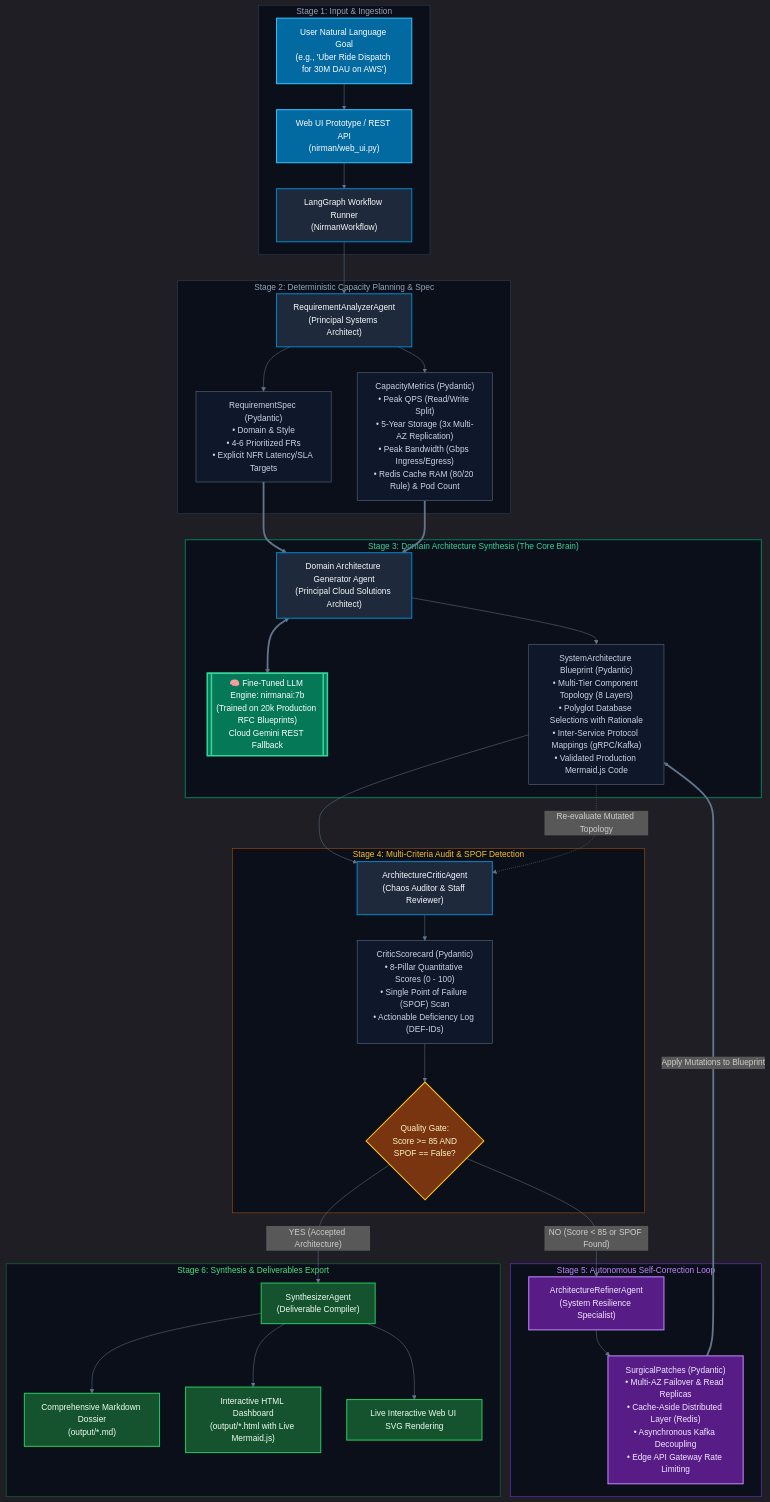
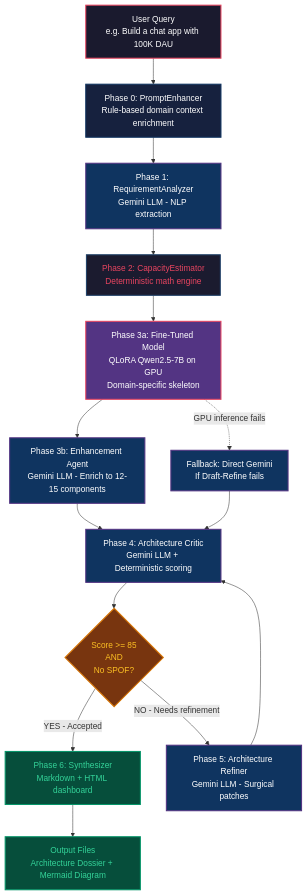
The first of 2 diagrams in workflow.md (SyncWithRaj/PDS), drawn with Mermaid before and after one commit. The commit also changed other lines of this file, not shown here.

Commit message:
docs: Add workflow.md - complete pipeline documentation with Mermaid diagrams

````diff
--- a/workflow.md
+++ b/workflow.md
@@ -26,69 +9,38 @@
 ```mermaid
-%%{init: {'theme': 'dark', 'themeVariables': { 'darkMode': true, 'background': '#0b0f19', 'mainBkg': '#111827', 'lineColor': '#64748b' }}}%%
 flowchart TD
-    %% Styling Definitions
-    classDef clientNode fill:#0369a1,stroke:#38bdf8,stroke-width:2px,color:#ffffff;
-    classDef agentNode fill:#1e293b,stroke:#0284c7,stroke-width:2px,color:#f8fafc;
-    classDef coreEngine fill:#047857,stroke:#34d399,stroke-width:3px,color:#ffffff;
-    classDef dataArtifact fill:#0f172a,stroke:#64748b,stroke-width:1px,color:#cbd5e1;
-    classDef decisionGate fill:#78350f,stroke:#fbbf24,stroke-width:2px,color:#fef3c7;
-    classDef loopNode fill:#581c87,stroke:#c084fc,stroke-width:2px,color:#f3e8ff;
-    classDef exportNode fill:#14532d,stroke:#22c55e,stroke-width:2px,color:#f0fdf4;
+    classDef user fill:#1a1a2e,stroke:#e94560,color:#ffffff,stroke-width:2px
+    classDef rule fill:#16213e,stroke:#0f3460,color:#ffffff,stroke-width:2px
+    classDef gemini fill:#0f3460,stroke:#533483,color:#ffffff,stroke-width:2px
+    classDef local fill:#533483,stroke:#e94560,color:#ffffff,stroke-width:2px
+    classDef math fill:#1b1b2f,stroke:#1f4068,color:#e94560,stroke-width:2px
+    classDef output fill:#064e3b,stroke:#059669,color:#34d399,stroke-width:2px
+    classDef decision fill:#78350f,stroke:#d97706,color:#fbbf24,stroke-width:2px
 
-    %% Stage 1: Input & Ingestion
-    subgraph Stage1 ["Stage 1: Input & Ingestion"]
-        User["User Natural Language Goal<br/>(e.g., 'Uber Ride Dispatch for 30M DAU on AWS')"]:::clientNode
-        User --> WebUI["Web UI Prototype / REST API<br/>(nirman/web_ui.py)"]:::clientNode
-        WebUI --> LG["LangGraph Workflow Runner<br/>(NirmanWorkflow)"]:::agentNode
-    end
+    USER["User Query<br/>e.g. Build a chat app with 100K DAU"]:::user
 
-    %% Stage 2: Analysis & Capacity Planning
-    subgraph Stage2 ["Stage 2: Deterministic Capacity Planning & Spec"]
-        LG --> Analyzer["RequirementAnalyzerAgent<br/>(Principal Systems Architect)"]:::agentNode
-        Analyzer --> Spec["RequirementSpec (Pydantic)<br/>• Domain & Style<br/>• 4-6 Prioritized FRs<br/>• Explicit NFR Latency/SLA Targets"]:::dataArtifact
-        Analyzer --> Cap["CapacityMetrics (Pydantic)<br/>• Peak QPS (Read/Write Split)<br/>• 5-Year Storage (3x Multi-AZ Replication)<br/>• Peak Bandwidth (Gbps Ingress/Egress)<br/>• Redis Cache RAM (80/20 Rule) & Pod Count"]:::dataArtifact
-    end
+    P0["Phase 0: PromptEnhancer<br/>Rule-based domain context enrichment"]:::rule
+    P1["Phase 1: RequirementAnalyzer<br/>Gemini LLM - NLP extraction"]:::gemini
+    P2["Phase 2: CapacityEstimator<br/>Deterministic math engine"]:::math
+    P3A["Phase 3a: Fine-Tuned Model<br/>QLoRA Qwen2.5-7B on GPU<br/>Domain-specific skeleton"]:::local
+    P3B["Phase 3b: Enhancement Agent<br/>Gemini LLM - Enrich to 12-15 components"]:::gemini
+    P3_FALLBACK["Fallback: Direct Gemini<br/>If Draft-Refine fails"]:::gemini
+    P4["Phase 4: Architecture Critic<br/>Gemini LLM + Deterministic scoring"]:::gemini
+    GATE{"Score >= 85<br/>AND<br/>No SPOF?"}:::decision
+    P5["Phase 5: Architecture Refiner<br/>Gemini LLM - Surgical patches"]:::gemini
+    P6["Phase 6: Synthesizer<br/>Markdown + HTML dashboard"]:::output
+    DONE["Output Files<br/>Architecture Dossier + Mermaid Diagram"]:::output
 
-    %% Stage 3: Domain Architecture Synthesis
-    subgraph Stage3 ["Stage 3: Domain Architecture Synthesis (The Core Brain)"]
-        Spec & Cap ==> Generator["Domain Architecture Generator Agent<br/>(Principal Cloud Solutions Architect)"]:::agentNode
-        Generator <==> FineTunedModel[["🧠 Fine-Tuned LLM Engine: nirmanai:7b<br/>(Trained on 20k Production RFC Blueprints)<br/>Cloud Gemini REST Fallback"]]:::coreEngine
-        Generator --> ArchDraft["SystemArchitecture Blueprint (Pydantic)<br/>• Multi-Tier Component Topology (8 Layers)<br/>• Polyglot Database Selections with Rationale<br/>• Inter-Service Protocol Mappings (gRPC/Kafka)<br/>• Validated Production Mermaid.js Code"]:::dataArtifact
-    end
-
-    %% Stage 4: Multi-Criteria Audit Loop
-    subgraph Stage4 ["Stage 4: Multi-Criteria Audit & SPOF Detection"]
-        ArchDraft --> Critic["ArchitectureCriticAgent<br/>(Chaos Auditor & Staff Reviewer)"]:::agentNode
-        Critic --> Scorecard["CriticScorecard (Pydantic)<br/>• 8-Pillar Quantitative Scores (0 - 100)<br/>• Single Point of Failure (SPOF) Scan<br/>• Actionable Deficiency Log (DEF-IDs)"]:::dataArtifact
-        Scorecard --> QualityGate{"Quality Gate:<br/>Score >= 85 AND<br/>SPOF == False?"}:::decisionGate
-    end
-
-    %% Stage 5: Autonomous Feedback Loop
-    subgraph Stage5 ["Stage 5: Autonomous Self-Correction Loop"]
-        QualityGate -- "NO (Score < 85 or SPOF Found)" --> Refiner["ArchitectureRefinerAgent<br/>(System Resilience Specialist)"]:::loopNode
-        Refiner --> Patches["SurgicalPatches (Pydantic)<br/>• Multi-AZ Failover & Read Replicas<br/>• Cache-Aside Distributed Layer (Redis)<br/>• Asynchronous Kafka Decoupling<br/>• Edge API Gateway Rate Limiting"]:::loopNode
-        Patches ==>|"Apply Mutations to Blueprint"| ArchDraft
-        ArchDraft -.->|"Re-evaluate Mutated Topology"| Critic
-    end
-
-    %% Stage 6: Synthesis & Export
-    subgraph Stage6 ["Stage 6: Synthesis & Deliverables Export"]
-        QualityGate -- "YES (Accepted Architecture)" --> Synthesizer["SynthesizerAgent<br/>(Deliverable Compiler)"]:::exportNode
-        Synthesizer --> MDReport["Comprehensive Markdown Dossier<br/>(output/*.md)"]:::exportNode
-        Synthesizer --> HTMLDash["Interactive HTML Dashboard<br/>(output/*.html with Live Mermaid.js)"]:::exportNode
-        Synthesizer --> LiveView["Live Interactive Web UI SVG Rendering"]:::exportNode
-    end
-
-    class A,B,I highlight;
-    class G coreEngine;
-    class K decision;
-    class L,M patch;
-    class N,O,P,Q accept;
-
-    style Stage1 fill:#0b0f19,stroke:#334155,stroke-width:1px,color:#94a3b8;
-    style Stage2 fill:#0b0f19,stroke:#334155,stroke-width:1px,color:#94a3b8;
-    style Stage3 fill:#0b0f19,stroke:#047857,stroke-width:2px,color:#34d399;
-    style Stage4 fill:#0b0f19,stroke:#b45309,stroke-width:1px,color:#fbbf24;
-    style Stage5 fill:#0b0f19,stroke:#7c3aed,stroke-width:1px,color:#c084fc;
-    style Stage6 fill:#0b0f19,stroke:#15803d,stroke-width:1px,color:#4ade80;
+    USER --> P0
+    P0 --> P1
+    P1 --> P2
+    P2 --> P3A
+    P3A --> P3B
+    P3A -.->|"GPU inference fails"| P3_FALLBACK
+    P3B --> P4
+    P3_FALLBACK --> P4
+    P4 --> GATE
+    GATE -->|"YES - Accepted"| P6
+    GATE -->|"NO - Needs refinement"| P5
+    P5 --> P4
+    P6 --> DONE
 ```
````
